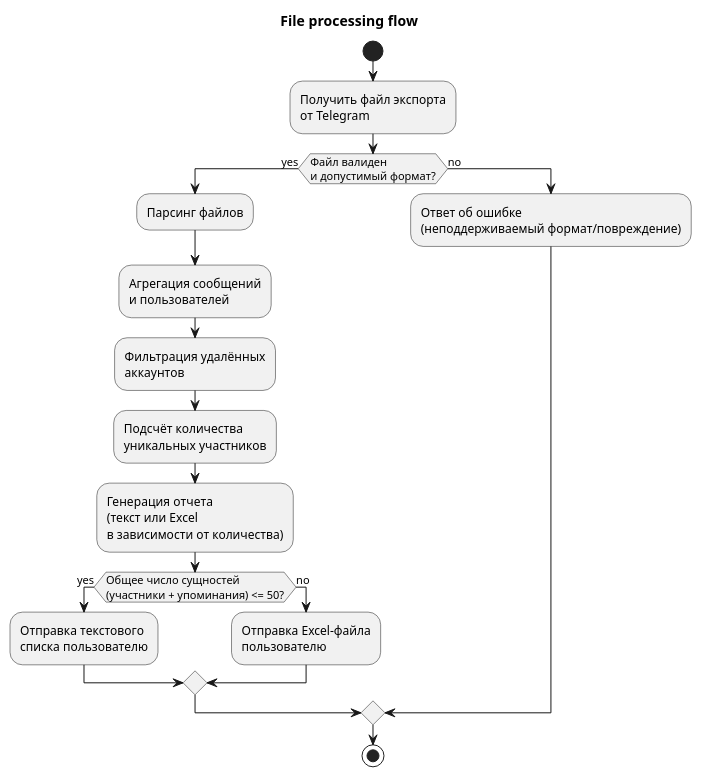
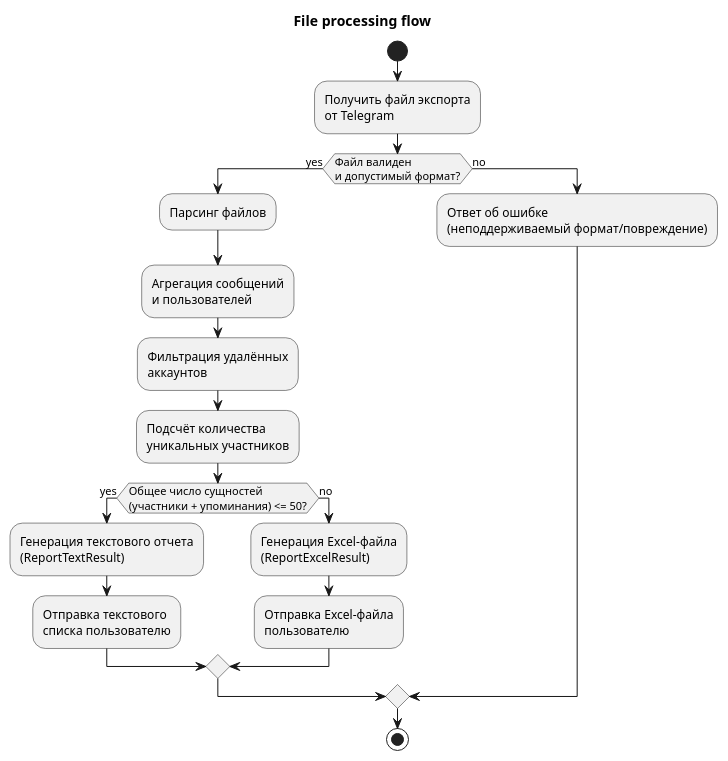
The diagram in docs/diagrams/flowchart.puml (vspochernin/chatlas), drawn with PlantUML before and after one commit. The commit also changed 1 other file, not shown here.

Commit message:
fix diagrams

```diff
--- a/docs/diagrams/flowchart.puml
+++ b/docs/diagrams/flowchart.puml
@@ -1,23 +1,24 @@
 @startuml flowchart
 title File processing flow
 
 start
 
 :Получить файл экспорта\nот Telegram;
 if (Файл валиден\nи допустимый формат?) then (yes)
     :Парсинг файлов;
     :Агрегация сообщений\nи пользователей;
     :Фильтрация удалённых\nаккаунтов;
     :Подсчёт количества\nуникальных участников;
-    :Генерация отчета\n(текст или Excel\nв зависимости от количества);
     if (Общее число сущностей\n(участники + упоминания) <= 50?) then (yes)
+      :Генерация текстового отчета\n(ReportTextResult);
       :Отправка текстового\nсписка пользователю;
     else (no)
+      :Генерация Excel-файла\n(ReportExcelResult);
       :Отправка Excel-файла\nпользователю;
     endif
 else (no)
   :Ответ об ошибке\n(неподдерживаемый формат/повреждение);
 endif
 
 stop
 @enduml
```
